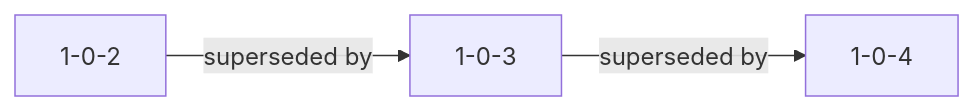
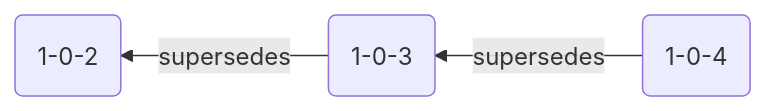
The tenth of 11 diagrams in docs/understanding-tracking-design/versioning-your-data-structures/amending/index.md (snowplow/documentation), drawn with Mermaid before and after one commit. The commit also changed other lines of this file, not shown here.

````diff
--- a/docs/understanding-tracking-design/versioning-your-data-structures/amending/index.md
+++ b/docs/understanding-tracking-design/versioning-your-data-structures/amending/index.md
@@ -315,5 +342,5 @@
 ```mermaid
-flowchart LR
-  v102["1-0-2"] -- "superseded by" --> v103["1-0-3"]
-  v103["1-0-3"] -- "superseded by" --> v104["1-0-4"]
+flowchart RL
+  v103("1-0-3") -->|supersedes| v102("1-0-2")
+  v104("1-0-4") -->|supersedes| v103
 ```
````
